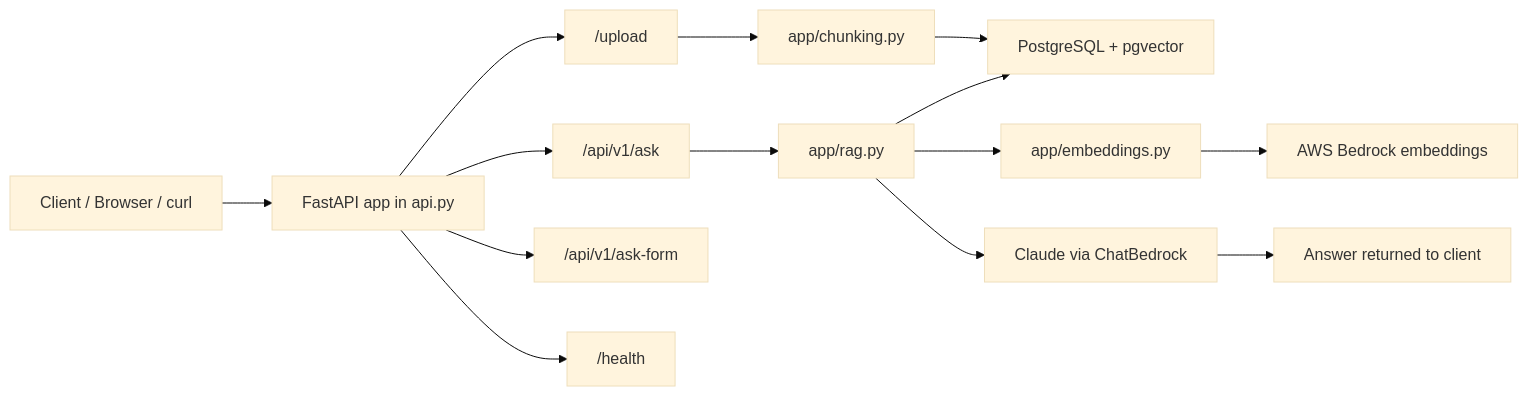
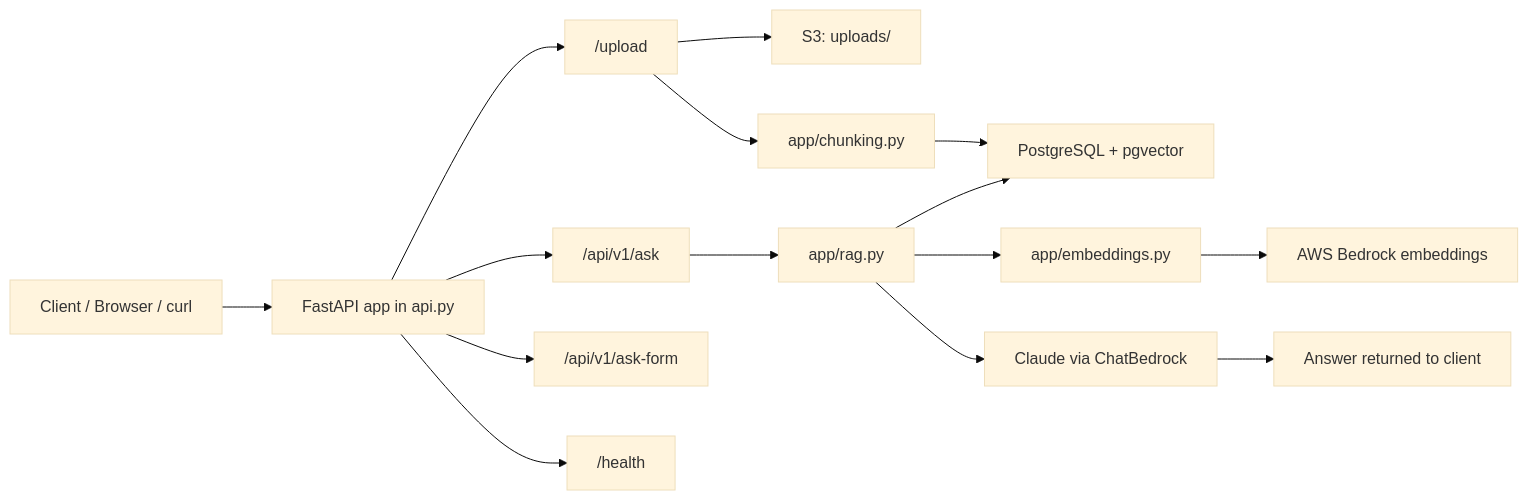
The first of 4 diagrams in README.md (aleksanderwasilewski1310/doc_qa_engine), drawn with Mermaid (base theme) before and after one commit. The commit also changed other lines of this file, not shown here.

````diff
--- a/README.md
+++ b/README.md
@@ -20,18 +25,19 @@
 ```mermaid
 flowchart LR
     Client[Client / Browser / curl] --> API[FastAPI app in api.py]
   API --> Upload["/upload"]
   API --> Ask["/api/v1/ask"]
   API --> AskForm["/api/v1/ask-form"]
   API --> Health["/health"]
 
+    Upload --> S3["S3: uploads/<filename>"]
     Upload --> Chunking[app/chunking.py]
     Chunking --> DB[PostgreSQL + pgvector]
 
     Ask --> RAG[app/rag.py]
     RAG --> Embeddings[app/embeddings.py]
     RAG --> DB
     Embeddings --> Bedrock[AWS Bedrock embeddings]
     RAG --> LLM[Claude via ChatBedrock]
     LLM --> Response[Answer returned to client]
 ```
````
